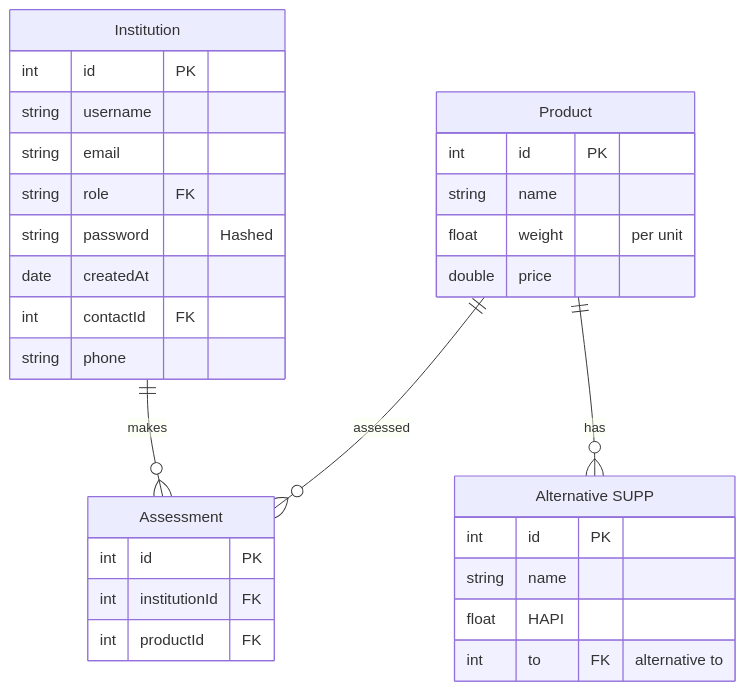
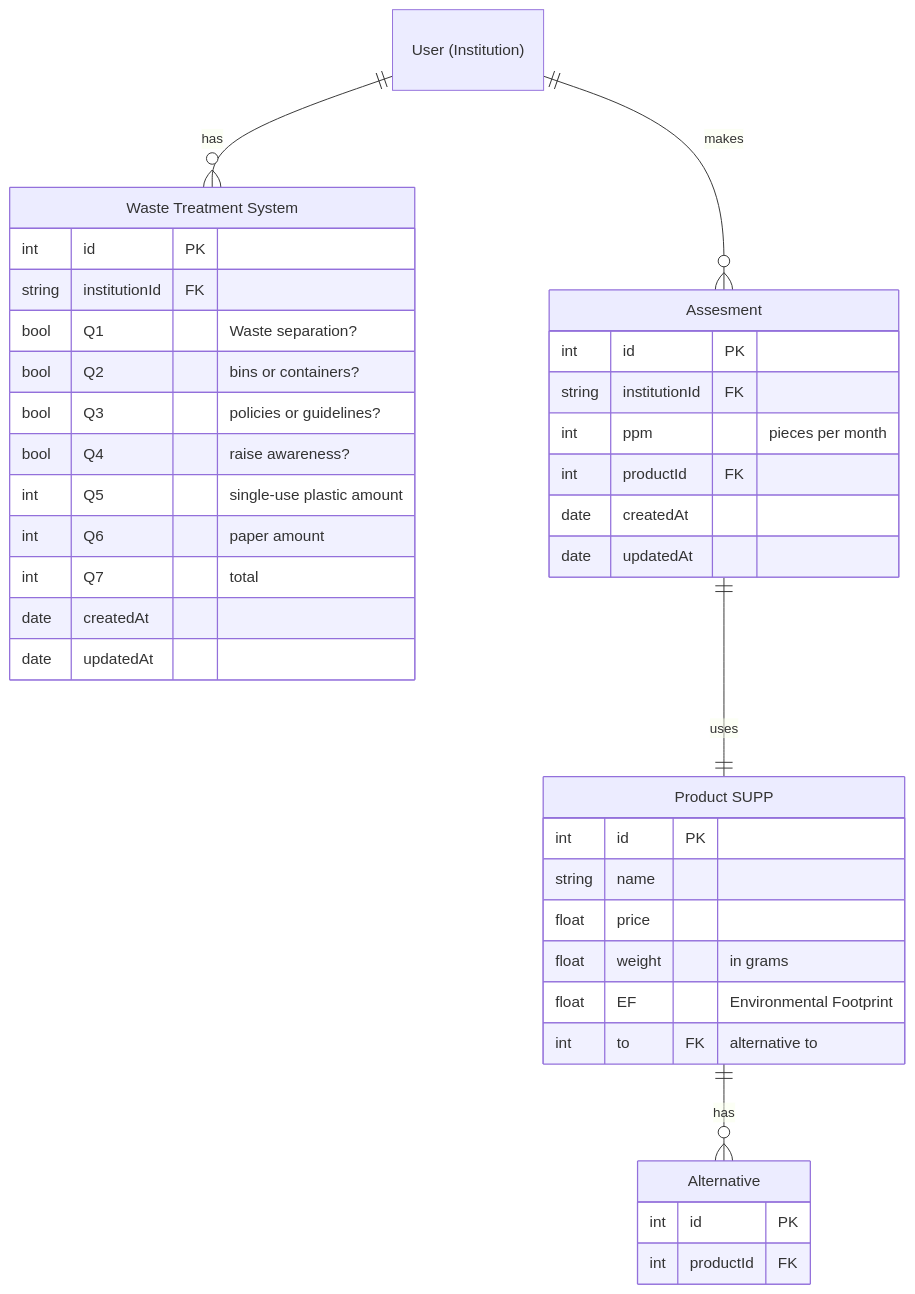
Before and after one commit to SimonStnn/BEMED: the diagram in backend/README.md, drawn with Mermaid.

Commit message:
Update UML docs

````diff
--- a/backend/README.md
+++ b/backend/README.md
@@ -5,38 +5,46 @@
 ```mermaid
 erDiagram
-Institution {
+User["User (Institution)"] {}
+
+Treatment["Waste Treatment System"] {
     int id PK
-    string username 
-    string email
-    string role FK
-    string password "Hashed"
+    string institutionId FK
+    bool Q1 "Waste separation?"
+    bool Q2 "bins or containers?"
+    bool Q3 "policies or guidelines?"
+    bool Q4 "raise awareness?"
+    int Q5 "single-use plastic amount"
+    int Q6 "paper amount"
+    int Q7 "total"
     date createdAt
-    int contactId FK
-    string phone
+    date updatedAt
 }
 
-Product {
+Assesment {
+    int id PK
+    string institutionId FK
+    int ppm "pieces per month"
+    int productId FK
+    date createdAt
+    date updatedAt
+}
+
+Product["Product SUPP"] {
     int id PK
     string name
-    float weight "per unit"
-    double price
+    float price 
+    float weight "in grams"
+    float EF "Environmental Footprint"
+    int to FK "alternative to"
 }
 
-Alternative["Alternative SUPP"] {
+Alternative {
     int id PK
-    string name
-    float HAPI
-    int to FK "alternative to"
-    
-}
-
-Assessment {
-    int id PK
-    int institutionId FK
     int productId FK
 }
 
-Institution ||--o{ Assessment : "makes"
-Product ||--o{ Assessment : "assessed"
+User ||--o{ Treatment : "has"
+User ||--o{ Assesment : "makes"
 Product ||--o{ Alternative : "has"
+Assesment ||--|| Product : "uses"
 ```
````
